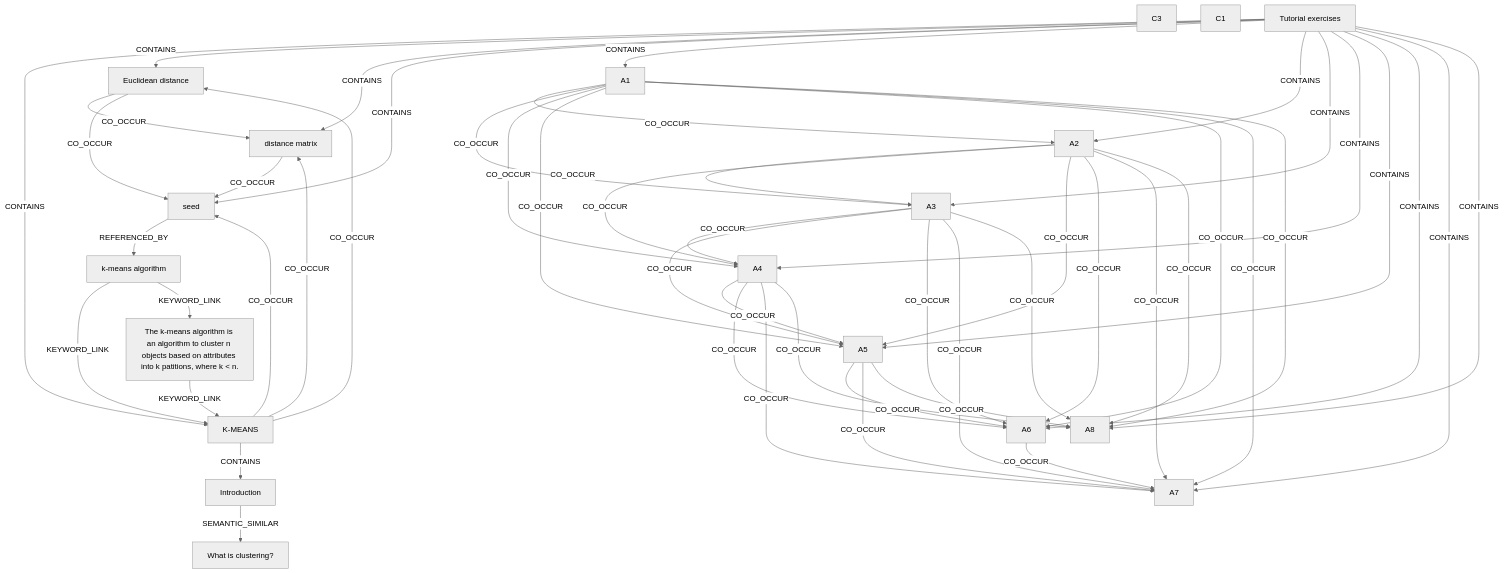
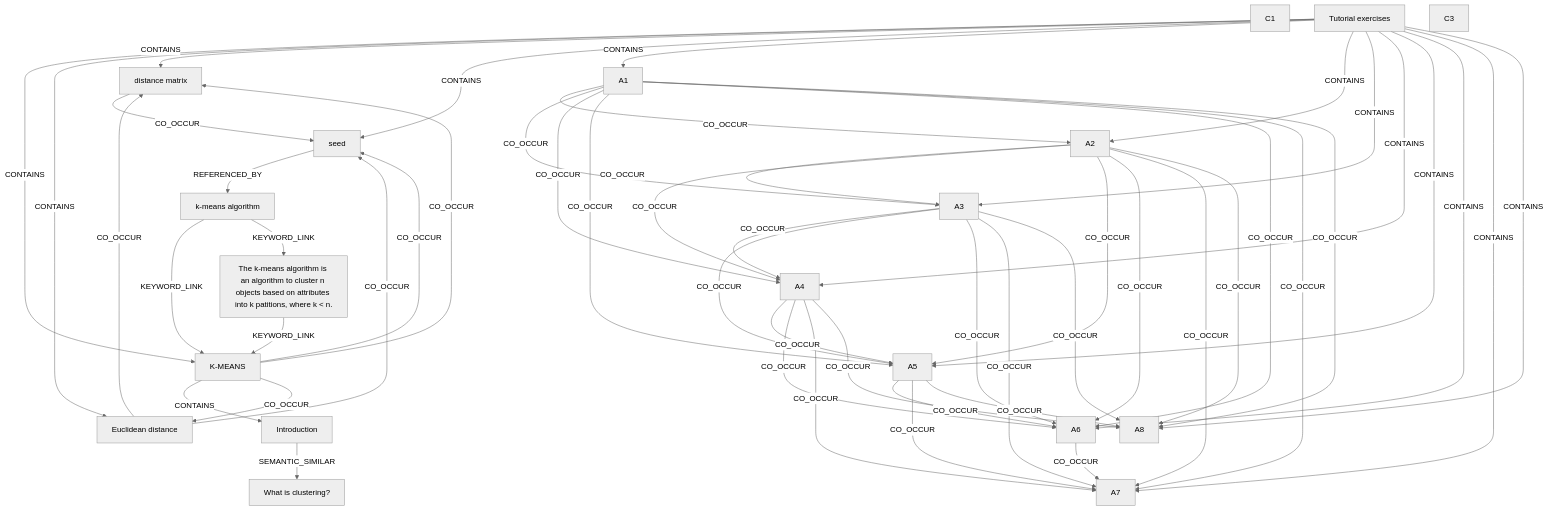
One commit to ankit-sengupta05/cyborg changed the diagram in AI_OS/Ontology/Ontology_Clustering.md. Above: the diagram before and after it, drawn with Mermaid (neutral theme). The commit also changed other lines of this file and 12 other files, not shown here.

````diff
--- a/AI_OS/Ontology/Ontology_Clustering.md
+++ b/AI_OS/Ontology/Ontology_Clustering.md
@@ -26,72 +26,72 @@
 ```mermaid
 graph TD
-    n0["Introduction"]
-    n1["A2"]
-    n2["A8"]
-    n3["Euclidean distance"]
-    n4["C3"]
-    n5["A4"]
-    n6["distance matrix"]
-    n7["seed"]
-    n8["A5"]
-    n9["k-means algorithm"]
-    n10["A1"]
-    n11["The k-means algorithm is an algorithm to cluster n objects based on attributes into k patitions, where k < n."]
-    n12["C1"]
-    n13["A6"]
-    n14["Tutorial exercises"]
-    n15["A7"]
-    n16["K-MEANS"]
-    n17["A3"]
-    n18["What is clustering?"]
-    n16 -->|CONTAINS| n0
-    n0 -->|SEMANTIC_SIMILAR| n18
-    n11 -->|KEYWORD_LINK| n16
-    n14 -->|CONTAINS| n16
-    n14 -->|CONTAINS| n3
-    n14 -->|CONTAINS| n6
-    n14 -->|CONTAINS| n7
-    n16 -->|CO_OCCUR| n3
-    n16 -->|CO_OCCUR| n6
-    n16 -->|CO_OCCUR| n7
-    n3 -->|CO_OCCUR| n6
+    n0["A3"]
+    n1["distance matrix"]
+    n2["A4"]
+    n3["K-MEANS"]
+    n4["What is clustering?"]
+    n5["A2"]
+    n6["C1"]
+    n7["Euclidean distance"]
+    n8["A8"]
+    n9["A5"]
+    n10["A6"]
+    n11["Introduction"]
+    n12["Tutorial exercises"]
+    n13["seed"]
+    n14["A7"]
+    n15["A1"]
+    n16["k-means algorithm"]
+    n17["C3"]
+    n18["The k-means algorithm is an algorithm to cluster n objects based on attributes into k patitions, where k < n."]
+    n3 -->|CONTAINS| n11
+    n11 -->|SEMANTIC_SIMILAR| n4
+    n18 -->|KEYWORD_LINK| n3
+    n12 -->|CONTAINS| n3
+    n12 -->|CONTAINS| n7
+    n12 -->|CONTAINS| n1
+    n12 -->|CONTAINS| n13
     n3 -->|CO_OCCUR| n7
-    n6 -->|CO_OCCUR| n7
-    n9 -->|KEYWORD_LINK| n16
-    n9 -->|KEYWORD_LINK| n11
-    n7 -->|REFERENCED_BY| n9
-    n14 -->|CONTAINS| n10
-    n14 -->|CONTAINS| n1
-    n14 -->|CONTAINS| n17
-    n14 -->|CONTAINS| n5
-    n14 -->|CONTAINS| n8
-    n14 -->|CONTAINS| n13
-    n14 -->|CONTAINS| n15
-    n14 -->|CONTAINS| n2
-    n10 -->|CO_OCCUR| n1
-    n10 -->|CO_OCCUR| n17
-    n10 -->|CO_OCCUR| n5
-    n10 -->|CO_OCCUR| n8
-    n10 -->|CO_OCCUR| n13
-    n10 -->|CO_OCCUR| n15
-    n10 -->|CO_OCCUR| n2
-    n1 -->|CO_OCCUR| n17
-    n1 -->|CO_OCCUR| n5
-    n1 -->|CO_OCCUR| n8
+    n3 -->|CO_OCCUR| n1
+    n3 -->|CO_OCCUR| n13
+    n7 -->|CO_OCCUR| n1
+    n7 -->|CO_OCCUR| n13
     n1 -->|CO_OCCUR| n13
-    n1 -->|CO_OCCUR| n15
-    n1 -->|CO_OCCUR| n2
-    n17 -->|CO_OCCUR| n5
-    n17 -->|CO_OCCUR| n8
-    n17 -->|CO_OCCUR| n13
-    n17 -->|CO_OCCUR| n15
-    n17 -->|CO_OCCUR| n2
+    n16 -->|KEYWORD_LINK| n3
+    n16 -->|KEYWORD_LINK| n18
+    n13 -->|REFERENCED_BY| n16
+    n12 -->|CONTAINS| n15
+    n12 -->|CONTAINS| n5
+    n12 -->|CONTAINS| n0
+    n12 -->|CONTAINS| n2
+    n12 -->|CONTAINS| n9
+    n12 -->|CONTAINS| n10
+    n12 -->|CONTAINS| n14
+    n12 -->|CONTAINS| n8
+    n15 -->|CO_OCCUR| n5
+    n15 -->|CO_OCCUR| n0
+    n15 -->|CO_OCCUR| n2
+    n15 -->|CO_OCCUR| n9
+    n15 -->|CO_OCCUR| n10
+    n15 -->|CO_OCCUR| n14
+    n15 -->|CO_OCCUR| n8
+    n5 -->|CO_OCCUR| n0
+    n5 -->|CO_OCCUR| n2
+    n5 -->|CO_OCCUR| n9
+    n5 -->|CO_OCCUR| n10
+    n5 -->|CO_OCCUR| n14
     n5 -->|CO_OCCUR| n8
-    n5 -->|CO_OCCUR| n13
-    n5 -->|CO_OCCUR| n15
-    n5 -->|CO_OCCUR| n2
-    n8 -->|CO_OCCUR| n13
-    n8 -->|CO_OCCUR| n15
-    n8 -->|CO_OCCUR| n2
-    n13 -->|CO_OCCUR| n15
+    n0 -->|CO_OCCUR| n2
+    n0 -->|CO_OCCUR| n9
+    n0 -->|CO_OCCUR| n10
+    n0 -->|CO_OCCUR| n14
+    n0 -->|CO_OCCUR| n8
+    n2 -->|CO_OCCUR| n9
+    n2 -->|CO_OCCUR| n10
+    n2 -->|CO_OCCUR| n14
+    n2 -->|CO_OCCUR| n8
+    n9 -->|CO_OCCUR| n10
+    n9 -->|CO_OCCUR| n14
+    n9 -->|CO_OCCUR| n8
+    n10 -->|CO_OCCUR| n14
 ```
````
